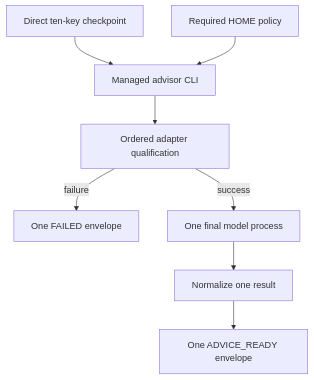
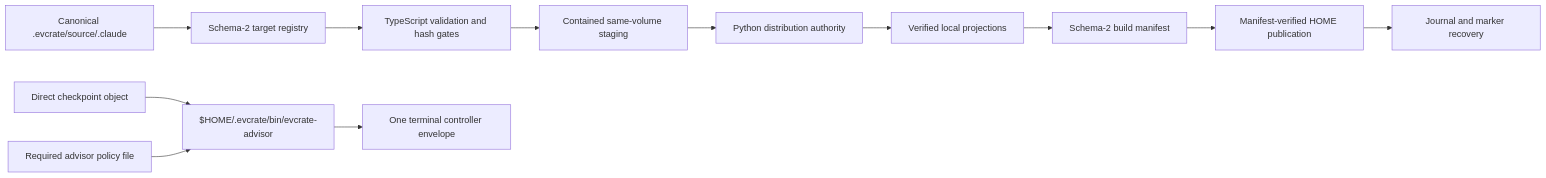
One commit to EigenCrate/evcrate changed the diagram in docs/system-architecture.md. Above: the diagram before and after it, drawn with Mermaid. The commit also changed other lines of this file and 36 other files, not shown here.

Commit message:
feat(distribution): harden cross-runtime publication safety

````diff
--- a/docs/system-architecture.md
+++ b/docs/system-architecture.md
@@ -178,10 +24,15 @@
 ```mermaid
-flowchart TD
-  Checkpoint[Direct ten-key checkpoint] --> Controller[Managed advisor CLI]
-  Policy[Required HOME policy] --> Controller
-  Controller --> Preflight[Ordered adapter qualification]
-  Preflight -->|failure| Failed[One FAILED envelope]
-  Preflight -->|success| Final[One final model process]
-  Final --> Normalize[Normalize one result]
-  Normalize --> Ready[One ADVICE_READY envelope]
+flowchart LR
+  Source[Canonical .evcrate/source/.claude] --> Registry[Schema-2 target registry]
+  Registry --> TS[TypeScript validation and hash gates]
+  TS --> Stage[Contained same-volume staging]
+  Stage --> Python[Python distribution authority]
+  Python --> Local[Verified local projections]
+  Local --> Manifest[Schema-2 build manifest]
+  Manifest --> Publish[Manifest-verified HOME publication]
+  Publish --> Recovery[Journal and marker recovery]
+
+  Checkpoint[Direct checkpoint object] --> Controller[$HOME/.evcrate/bin/evcrate-advisor]
+  Policy[Required advisor policy file] --> Controller
+  Controller --> Result[One terminal controller envelope]
 ```
````
